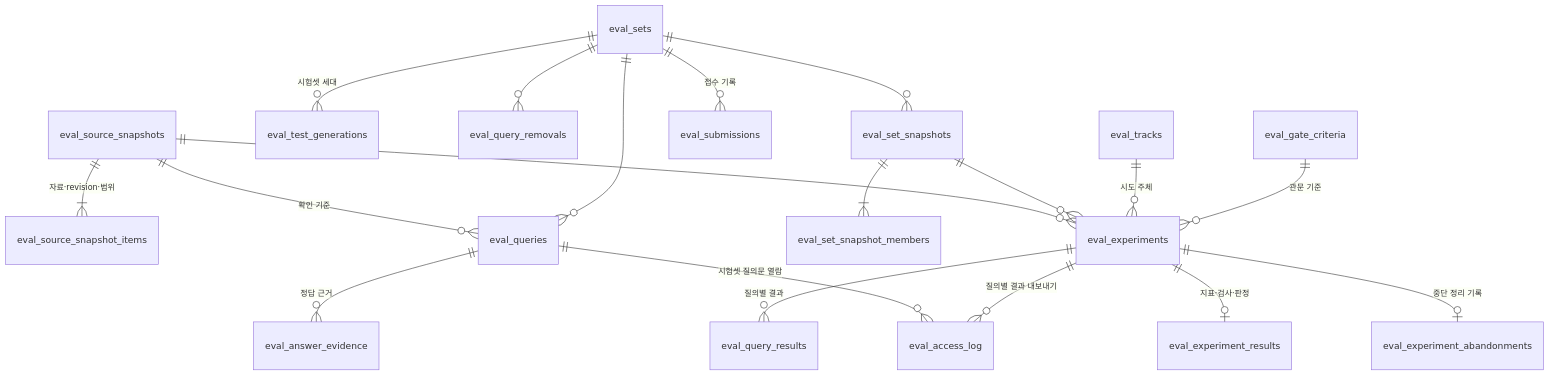
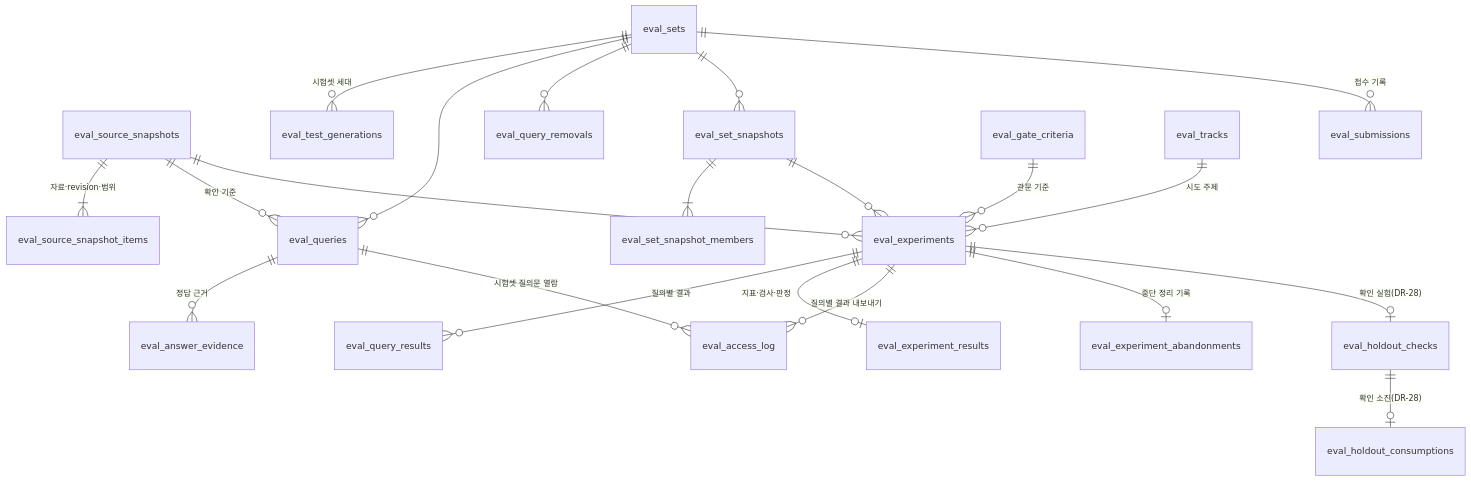
One commit to CREFLEINC/omf-retrieval changed the diagram in specs/002-evaluation-harness/data-model.md. Above: the diagram before and after it, drawn with Mermaid. The commit also changed other lines of this file and 15 other files, not shown here.

````diff
--- a/specs/002-evaluation-harness/data-model.md
+++ b/specs/002-evaluation-harness/data-model.md
@@ -46,21 +51,23 @@
 ```mermaid
 erDiagram
   eval_source_snapshots ||--|{ eval_source_snapshot_items : "자료·revision·범위"
   eval_sets ||--o{ eval_test_generations : "시험셋 세대"
   eval_sets ||--o{ eval_queries : ""
   eval_queries ||--o{ eval_answer_evidence : "정답 근거"
   eval_source_snapshots ||--o{ eval_queries : "확인 기준"
   eval_sets ||--o{ eval_query_removals : ""
   eval_sets ||--o{ eval_set_snapshots : ""
   eval_set_snapshots ||--|{ eval_set_snapshot_members : ""
   eval_sets ||--o{ eval_submissions : "접수 기록"
   eval_gate_criteria ||--o{ eval_experiments : "관문 기준"
   eval_tracks ||--o{ eval_experiments : "시도 주체"
   eval_set_snapshots ||--o{ eval_experiments : ""
   eval_source_snapshots ||--o{ eval_experiments : ""
   eval_experiments ||--o{ eval_query_results : "질의별 결과"
   eval_experiments ||--o| eval_experiment_results : "지표·검사·판정"
   eval_experiments ||--o{ eval_access_log : "질의별 결과 내보내기"
   eval_experiments ||--o| eval_experiment_abandonments : "중단 정리 기록"
   eval_queries ||--o{ eval_access_log : "시험셋 질의문 열람"
+  eval_experiments ||--o| eval_holdout_checks : "확인 실험(DR-28)"
+  eval_holdout_checks ||--o| eval_holdout_consumptions : "확인 소진(DR-28)"
 ```
````
